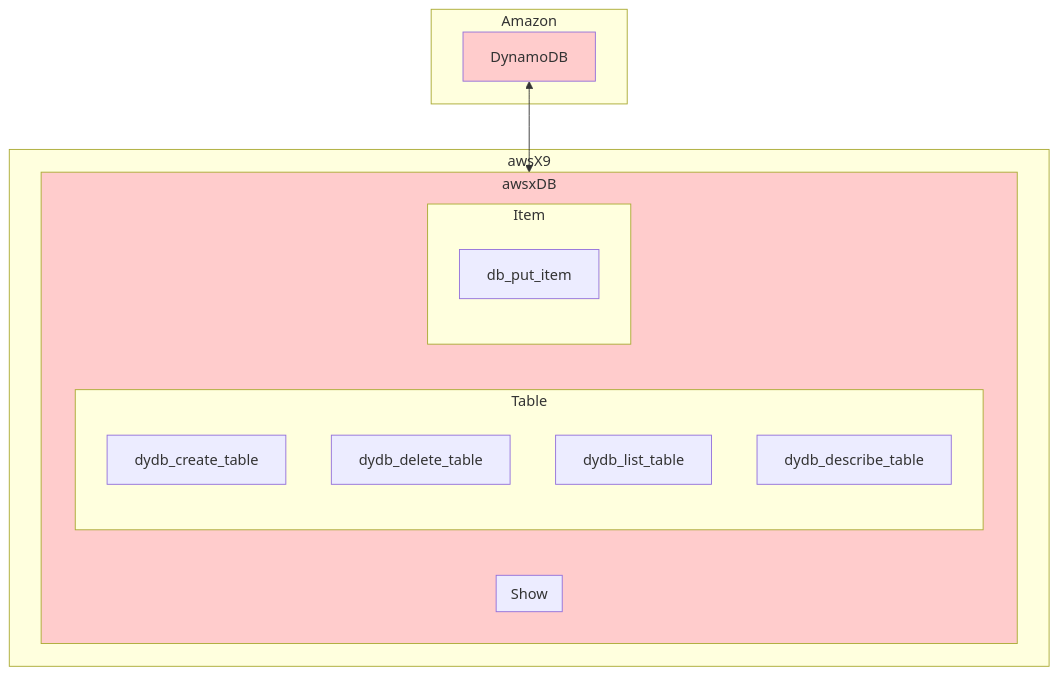
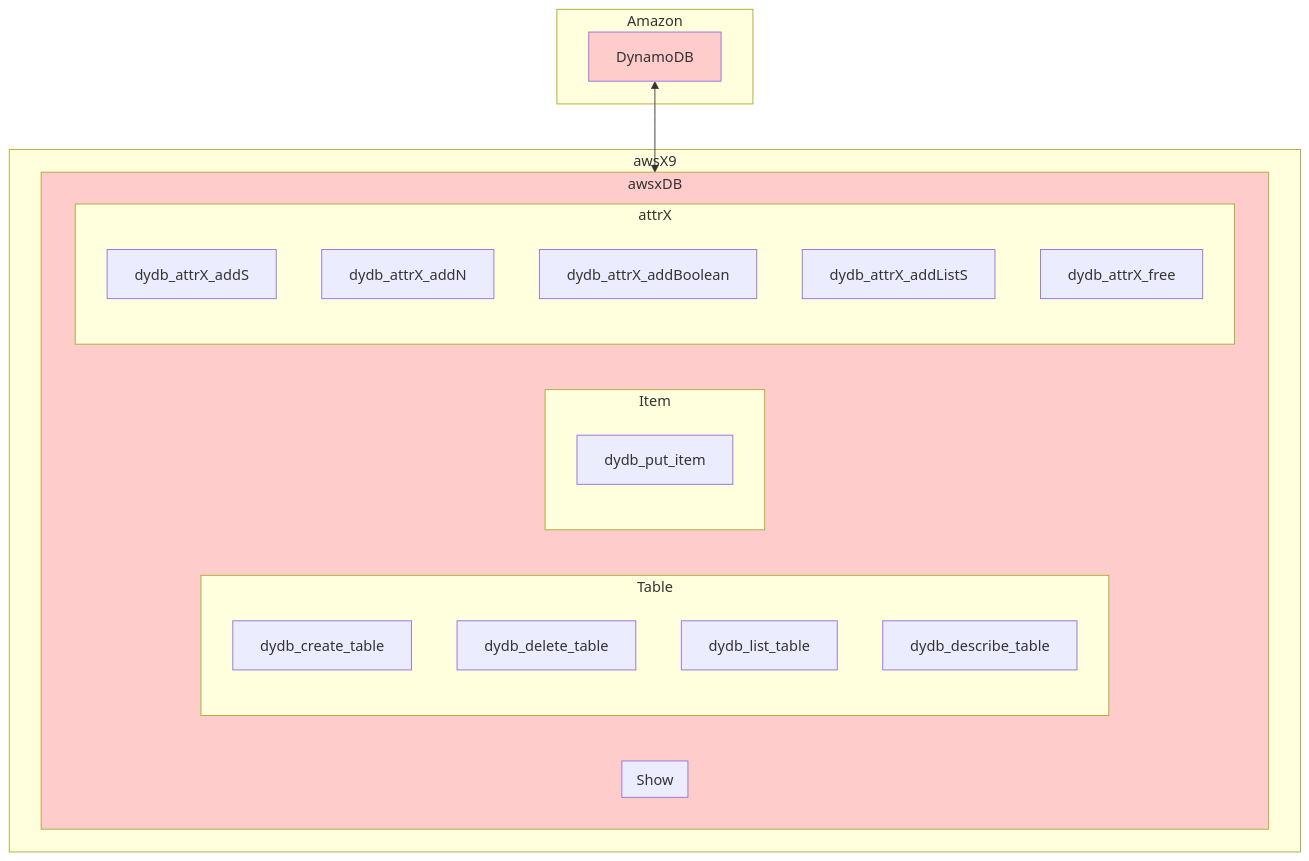
The first of 2 diagrams in README.md (lankahsu520/awsP9), drawn with Mermaid before and after one commit. The commit also changed 2 other files, not shown here.

Commit message:
for DynamoDB, to add function 	dydb_attrX_addS 	dydb_attrX_addN 	dydb_attrX_addBoolean 	dydb_attrX_addListS 	dydb_attrX_free

````diff
--- a/README.md
+++ b/README.md
@@ -15,42 +15,50 @@
 ```mermaid
 flowchart TD
 	subgraph Amazon
 		DynamoDB
 	end
 
 	subgraph awsX9
 		subgraph awsxDB
 			subgraph Show
 				
 
 
 
 			end
 			subgraph Table
 				dydb_create_table
 				dydb_delete_table
 				dydb_list_table
 				dydb_describe_table
 			end
 
 			subgraph Item
 				
-				db_put_item
+				dydb_put_item
 
 
 
 
 
+			end
+			
+			subgraph attrX
+				dydb_attrX_addS
+				dydb_attrX_addN
+				dydb_attrX_addBoolean
+				dydb_attrX_addListS
+				dydb_attrX_free
 			end
 		end
 	end
 	DynamoDB <--> awsxDB
 
 	classDef yellow fill:#FFFFCC
 	classDef pink fill:#FFCCCC
 	classDef blue fill:#0000FF
 	classDef lightblue fill:#ADD8E6
 
 	class DynamoDB pink
 	class awsxDB pink
 ```
````
